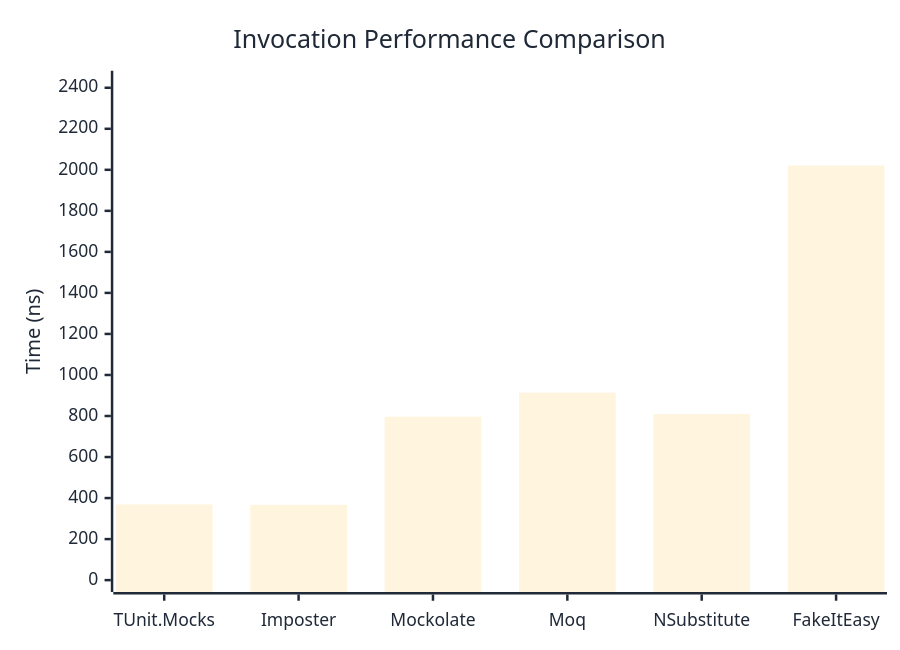
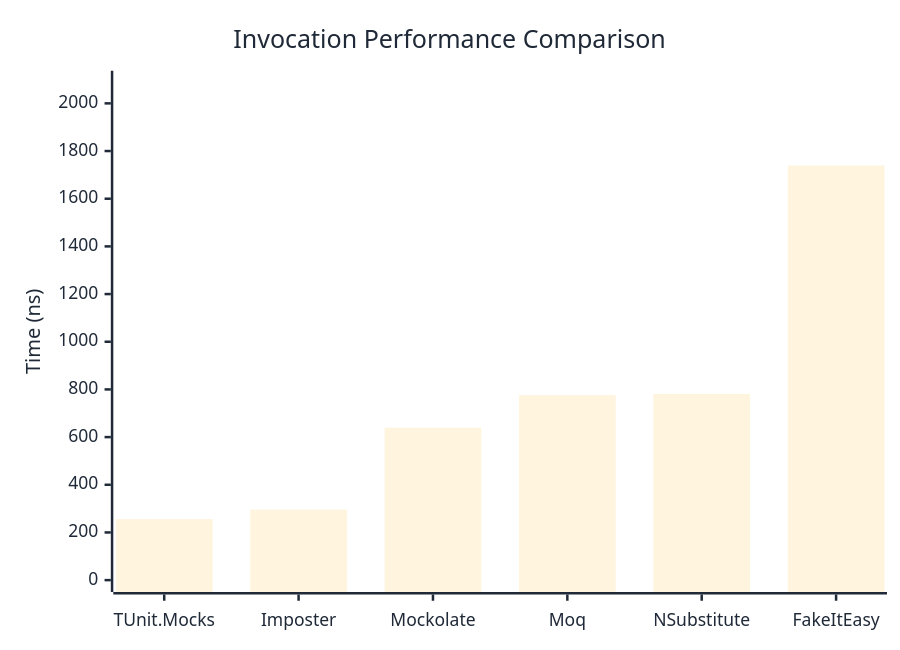
One commit to thomhurst/TUnit changed the first of 3 diagrams in docs/docs/benchmarks/mocks/Invocation.md. Above: the diagram before and after it, drawn with Mermaid. The commit also changed other lines of this file and 14 other files, not shown here.

````diff
--- a/docs/docs/benchmarks/mocks/Invocation.md
+++ b/docs/docs/benchmarks/mocks/Invocation.md
@@ -28,27 +28,27 @@
 ```mermaid
 %%{init: {
   'theme':'base',
   'themeVariables': {
     'primaryColor': '#2563eb',
     'primaryTextColor': '#1f2937',
     'primaryBorderColor': '#1e40af',
     'lineColor': '#6b7280',
     'secondaryColor': '#7c3aed',
     'tertiaryColor': '#dc2626',
     'background': '#ffffff',
     'pie1': '#2563eb',
     'pie2': '#7c3aed',
     'pie3': '#dc2626',
     'pie4': '#f59e0b',
     'pie5': '#10b981',
     'pie6': '#06b6d4',
     'pie7': '#ec4899',
     'pie8': '#6366f1'
   }
 }}%%
 xychart-beta
   title "Invocation Performance Comparison"
   x-axis ["TUnit.Mocks", "Imposter", "Mockolate", "Moq", "NSubstitute", "FakeItEasy"]
-  y-axis "Time (ns)" 0 --> 2425
-  bar [368.7, 367, 796.7, 913.9, 809.3, 2020.7]
+  y-axis "Time (ns)" 0 --> 2087
+  bar [255.7, 295.6, 639.4, 776.3, 781.1, 1739.1]
 ```
````
